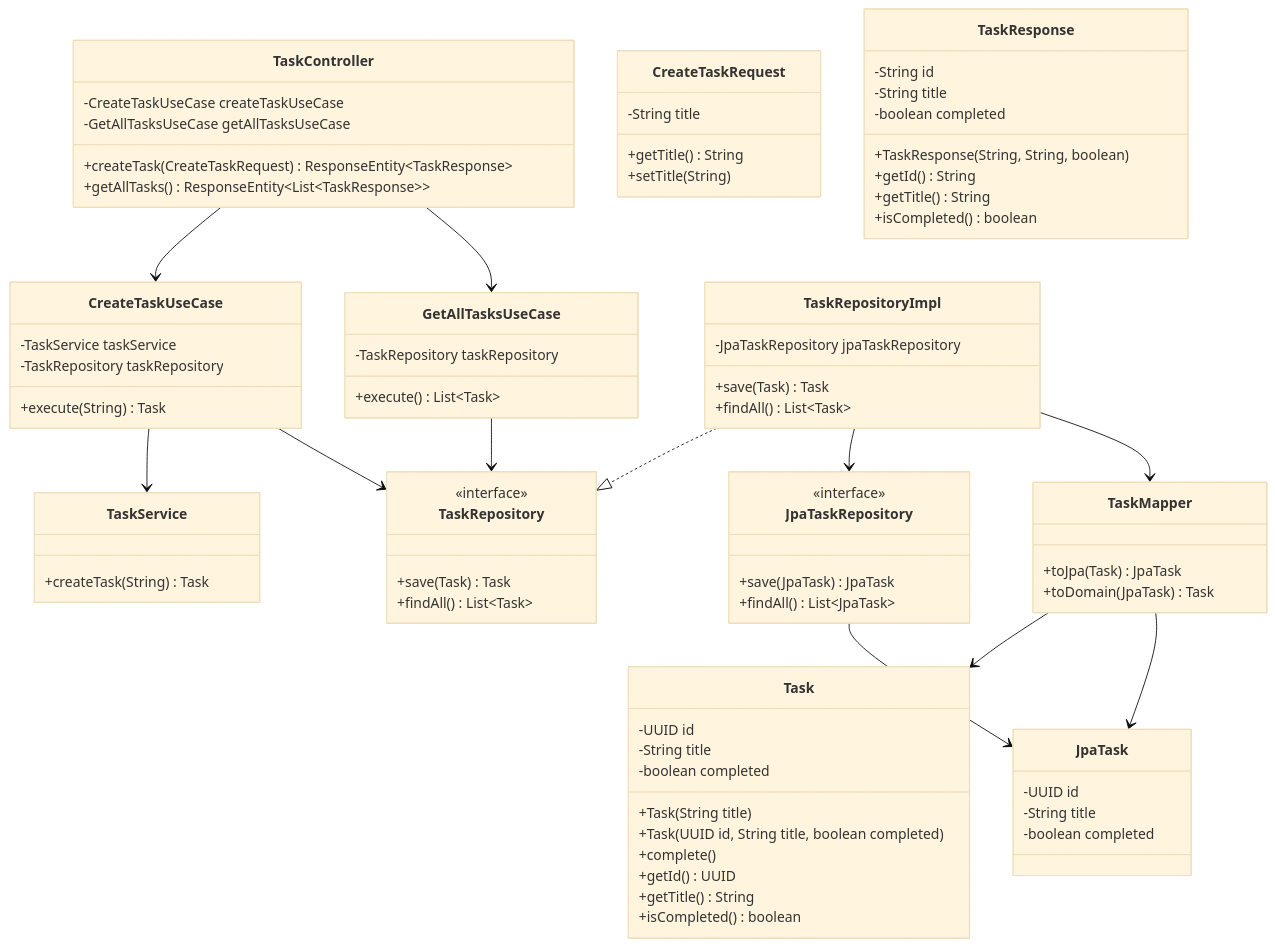
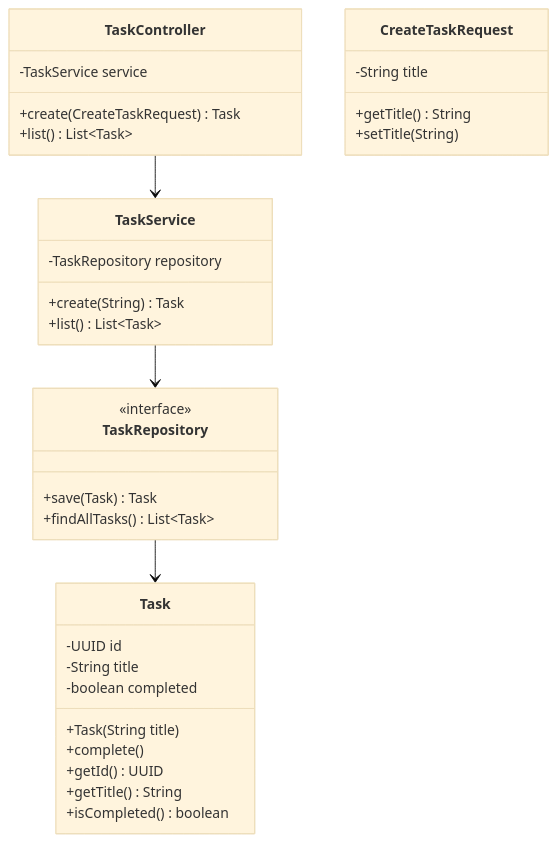
One commit to Soturnus/ObservabilityLab changed the diagram in README.md. Above: the diagram before and after it, drawn with Mermaid (base theme). The commit also changed other lines of this file, not shown here.

````diff
--- a/README.md
+++ b/README.md
@@ -16,81 +16,36 @@
 ```mermaid
 classDiagram
     class Task {
         -UUID id
         -String title
         -boolean completed
         +Task(String title)
-        +Task(UUID id, String title, boolean completed)
         +complete()
         +getId() UUID
         +getTitle() String
         +isCompleted() boolean
     }
     class TaskRepository {
         <<interface>>
         +save(Task) Task
-        +findAll() List~Task~
+        +findAllTasks() List~Task~
     }
     class TaskService {
-        +createTask(String) Task
-    }
-    class CreateTaskUseCase {
-        -TaskService taskService
-        -TaskRepository taskRepository
-        +execute(String) Task
-    }
-    class GetAllTasksUseCase {
-        -TaskRepository taskRepository
-        +execute() List~Task~
-    }
-    class JpaTask {
-        -UUID id
-        -String title
-        -boolean completed
-    }
-    class JpaTaskRepository {
-        <<interface>>
-        +save(JpaTask) JpaTask
-        +findAll() List~JpaTask~
-    }
-    class TaskMapper {
-        +toJpa(Task) JpaTask
-        +toDomain(JpaTask) Task
-    }
-    class TaskRepositoryImpl {
-        -JpaTaskRepository jpaTaskRepository
-        +save(Task) Task
-        +findAll() List~Task~
+        -TaskRepository repository
+        +create(String) Task
+        +list() List~Task~
     }
     class TaskController {
-        -CreateTaskUseCase createTaskUseCase
-        -GetAllTasksUseCase getAllTasksUseCase
-        +createTask(CreateTaskRequest) ResponseEntity~TaskResponse~
-        +getAllTasks() ResponseEntity~List~TaskResponse~~
+        -TaskService service
+        +create(CreateTaskRequest) Task
+        +list() List~Task~
     }
     class CreateTaskRequest {
         -String title
         +getTitle() String
         +setTitle(String)
     }
-    class TaskResponse {
-        -String id
-        -String title
-        -boolean completed
-        +TaskResponse(String, String, boolean)
-        +getId() String
-        +getTitle() String
-        +isCompleted() boolean
-    }
-    TaskController --> CreateTaskUseCase
-    TaskController --> GetAllTasksUseCase
-    CreateTaskUseCase --> TaskService
-    CreateTaskUseCase --> TaskRepository
-    GetAllTasksUseCase --> TaskRepository
-    TaskRepositoryImpl ..|> TaskRepository
-    TaskRepositoryImpl --> JpaTaskRepository
-    TaskRepositoryImpl --> TaskMapper
-    TaskMapper --> Task
-    TaskMapper --> JpaTask
-    JpaTaskRepository --> JpaTask
+    TaskController --> TaskService
+    TaskService --> TaskRepository
+    TaskRepository --> Task
 ```
````
